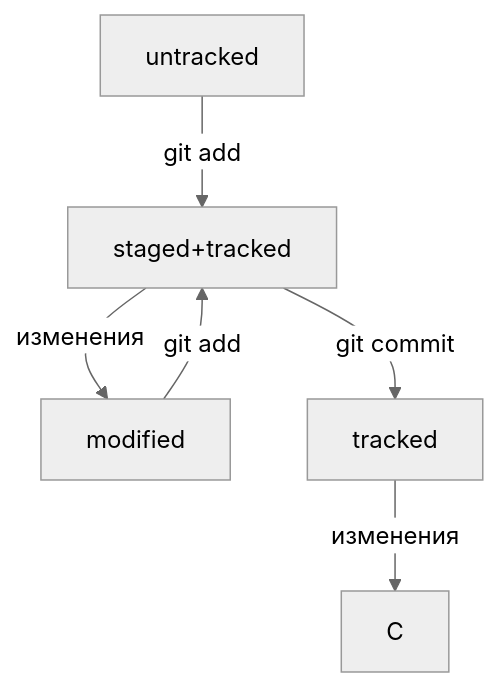
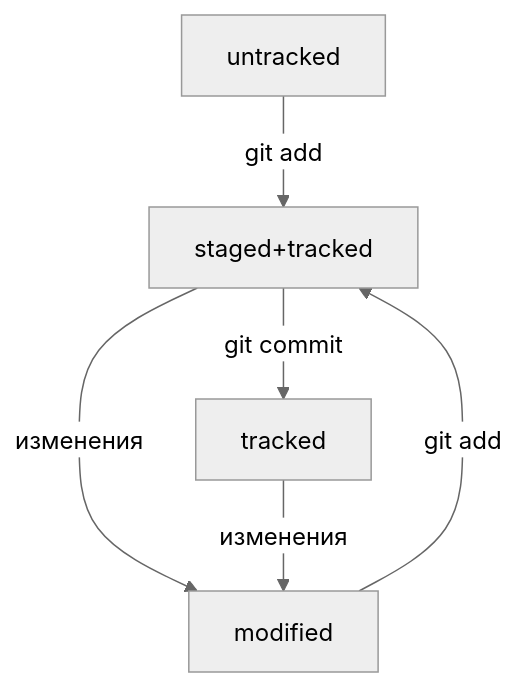
Before and after one commit to k-vyaznikova/help_project: the diagram in readme.md, drawn with Mermaid (neutral theme). The commit also changed 1 other file, not shown here.

Commit message:
новые данные в шпаргалке

````diff
--- a/readme.md
+++ b/readme.md
@@ -37,8 +37,8 @@
 ```mermaid
 graph TD;
 A[untracked]--git add-->B[staged+tracked]
 C[modified]--git add-->B
 B--изменения-->C
 B--git commit-->D[tracked]
-D--изменения-->С
+D--изменения-->C
 ```
````
